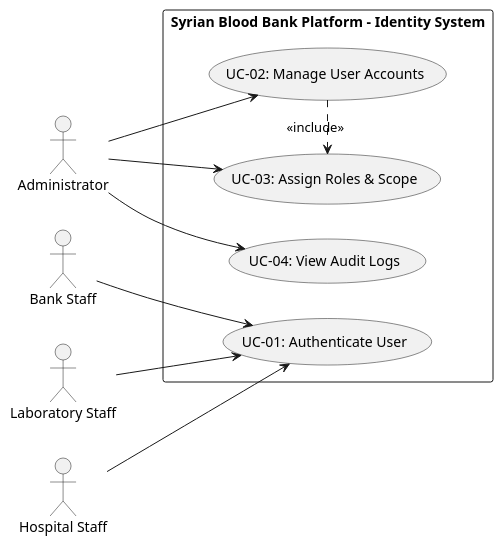
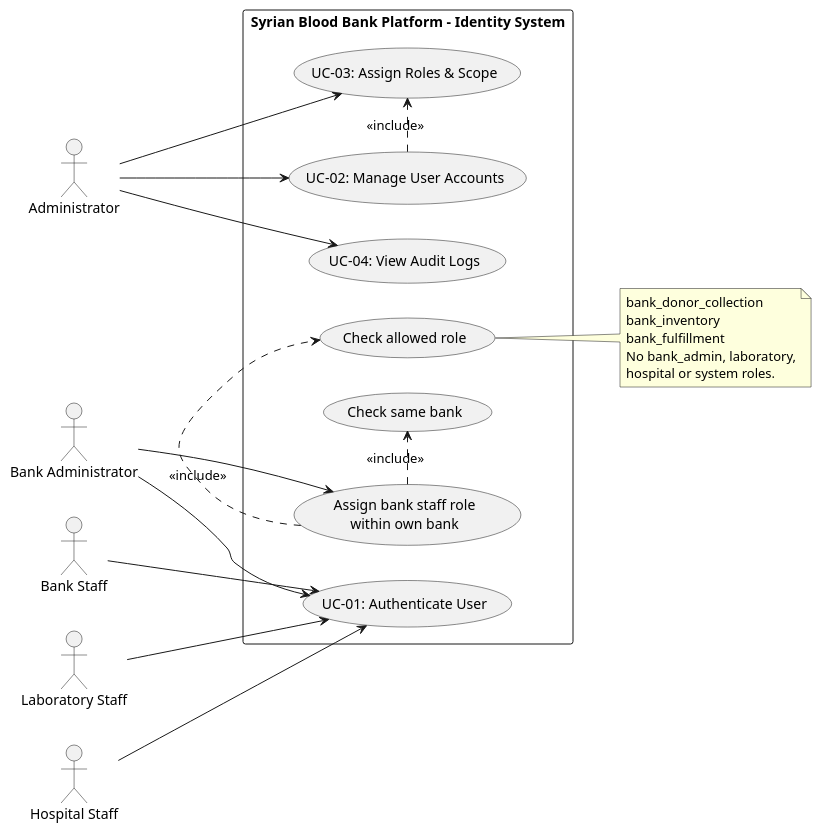
The diagram in docs/uml/UC-02-Identity.puml (TitanDevX/BloodBankPlatformUni), drawn with PlantUML before and after one commit. The commit also changed 6 other files, not shown here.

```diff
--- a/docs/uml/UC-02-Identity.puml
+++ b/docs/uml/UC-02-Identity.puml
@@ -1,26 +1,42 @@
 @startuml IdentityManagement_UseCase
 left to right direction
 skinparam packageStyle rectangle
 
 actor "Administrator" as Admin
+actor "Bank Administrator" as BankAdmin
 actor "Bank Staff" as BankStaff
 actor "Laboratory Staff" as LabStaff
 actor "Hospital Staff" as HospitalStaff
 
 rectangle "Syrian Blood Bank Platform - Identity System" {
     usecase "UC-01: Authenticate User" as UC_Auth
     usecase "UC-02: Manage User Accounts" as UC_Manage
     usecase "UC-03: Assign Roles & Scope" as UC_Assign
+    usecase "Assign bank staff role\nwithin own bank" as UC_BankAssign
+    usecase "Check same bank" as UC_SameBank
+    usecase "Check allowed role" as UC_AllowedRole
     usecase "UC-04: View Audit Logs" as UC_Audit
 }
 
 Admin --> UC_Manage
 Admin --> UC_Assign
 Admin --> UC_Audit
+BankAdmin --> UC_Auth
+BankAdmin --> UC_BankAssign
 
 BankStaff --> UC_Auth
 LabStaff --> UC_Auth
 HospitalStaff --> UC_Auth
 
 UC_Manage .> UC_Assign : <<include>>
+UC_BankAssign .> UC_SameBank : <<include>>
+UC_BankAssign .> UC_AllowedRole : <<include>>
+
+note right of UC_AllowedRole
+  bank_donor_collection
+  bank_inventory
+  bank_fulfillment
+  No bank_admin, laboratory,
+  hospital or system roles.
+end note
 @enduml
```
